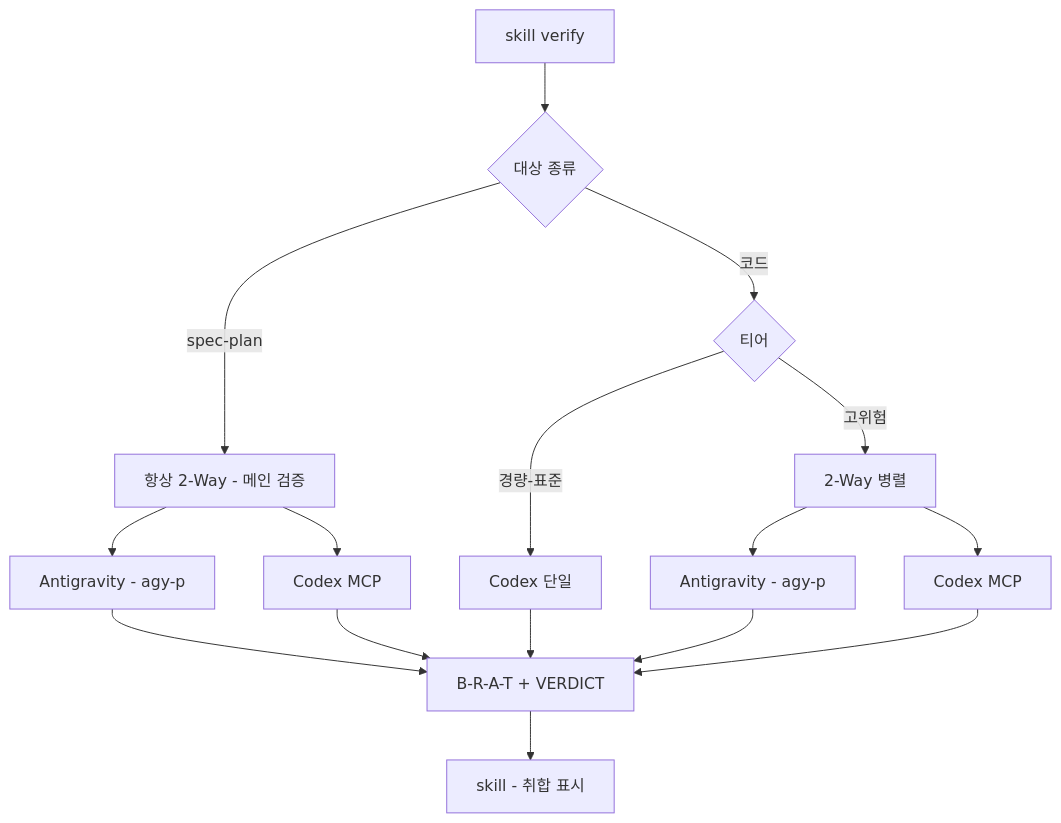
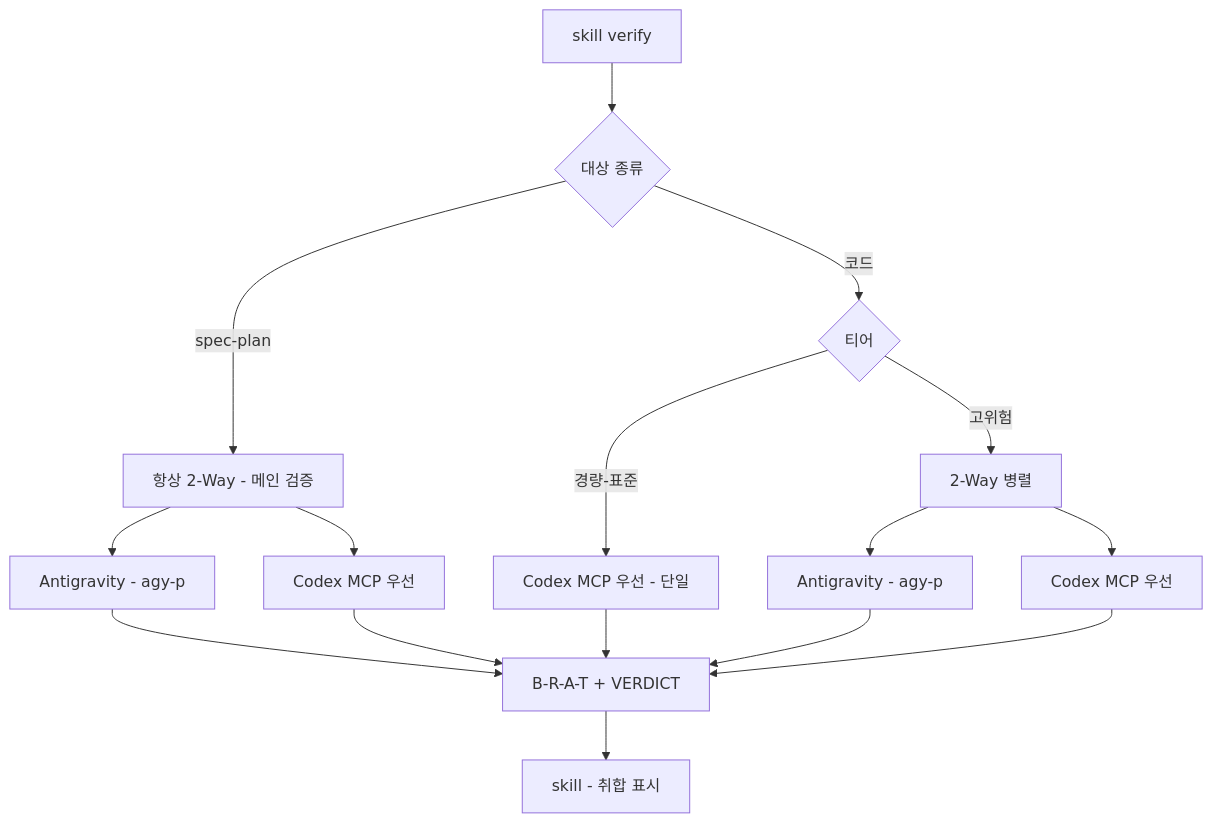
The second of 2 diagrams in docs/superpowers/specs/2026-07-15-verify-subagent-design.md (deuxksy/ai-agent-skill), drawn with Mermaid before and after one commit. The commit also changed other lines of this file, not shown here.

````diff
--- a/docs/superpowers/specs/2026-07-15-verify-subagent-design.md
+++ b/docs/superpowers/specs/2026-07-15-verify-subagent-design.md
@@ -190,18 +260,18 @@
 ```mermaid
 graph TD
     SK[skill verify] --> D{대상 종류}
     D -->|spec-plan| SP[항상 2-Way - 메인 검증]
     D -->|코드| CD{티어}
     SP --> A1[Antigravity - agy-p]
-    SP --> C1[Codex MCP]
-    CD -->|경량-표준| C2[Codex 단일]
+    SP --> C1[Codex MCP 우선]
+    CD -->|경량-표준| C2[Codex MCP 우선 - 단일]
     CD -->|고위험| HW[2-Way 병렬]
     HW --> A2[Antigravity - agy-p]
-    HW --> C3[Codex MCP]
+    HW --> C3[Codex MCP 우선]
     A1 --> R[B-R-A-T + VERDICT]
     C1 --> R
     C2 --> R
     A2 --> R
     C3 --> R
     R --> SK2[skill - 취합 표시]
 ```
````
